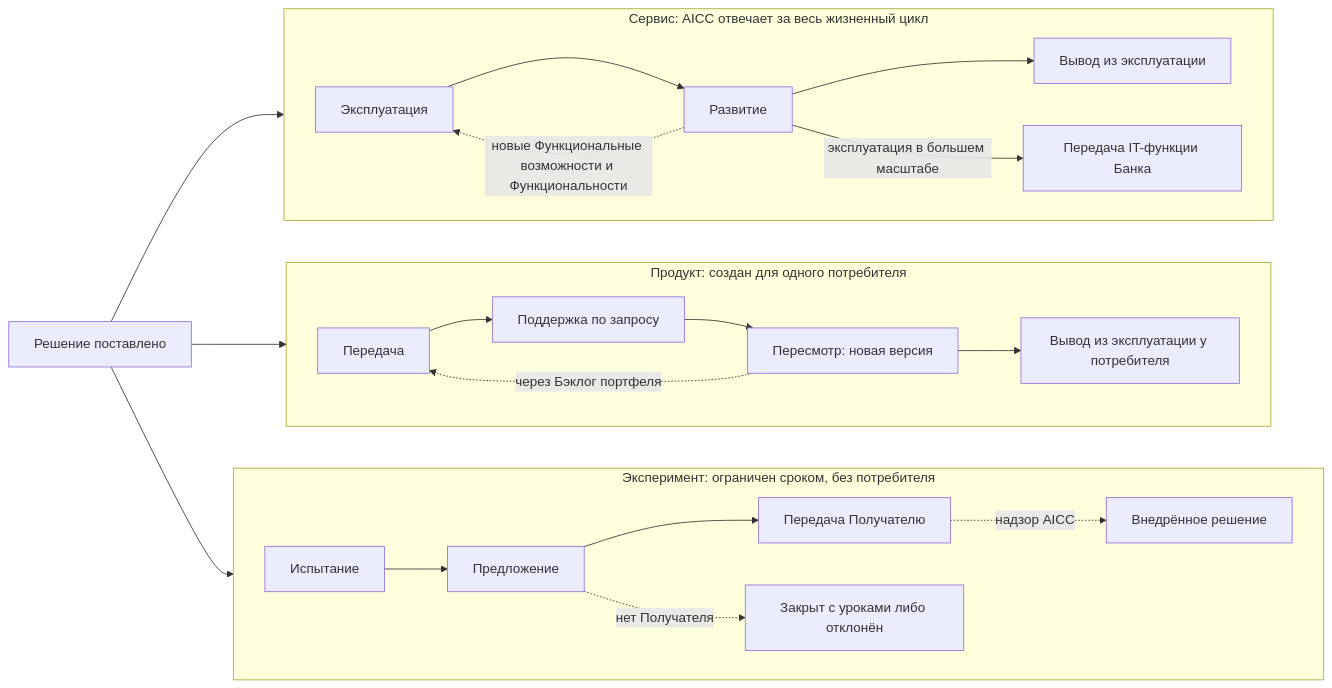
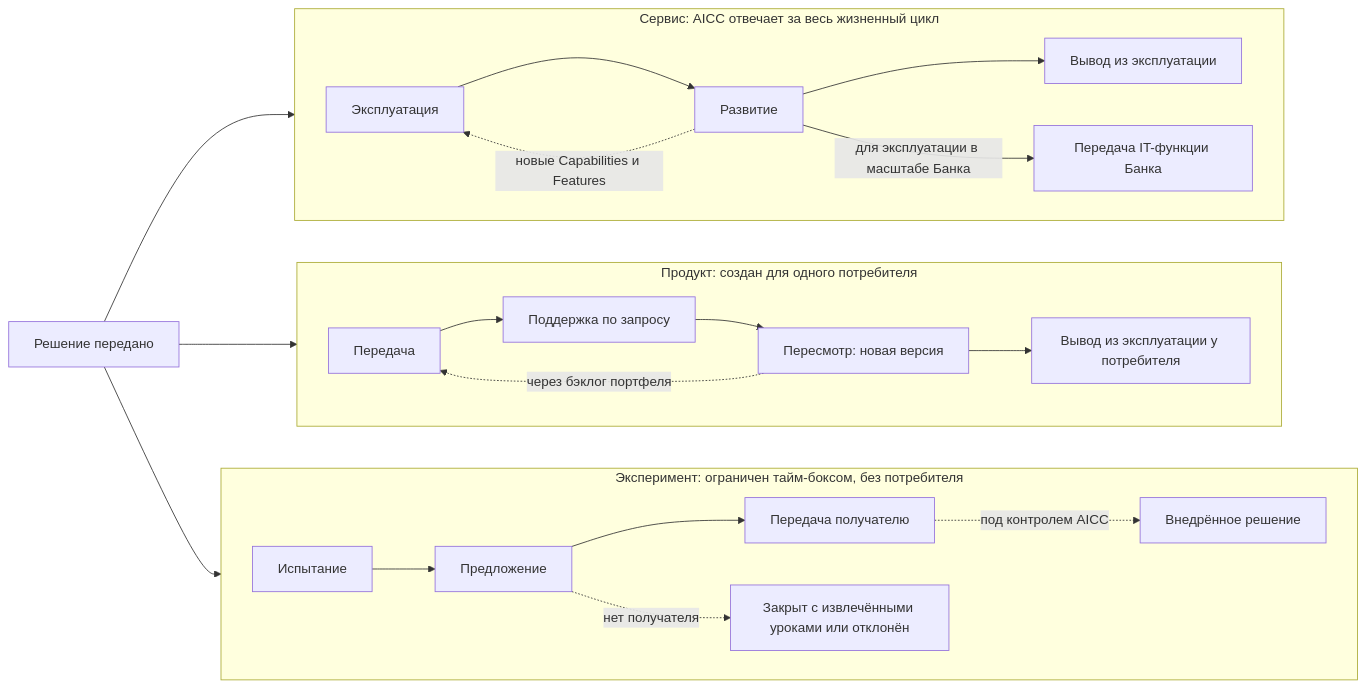
One commit to devhogu/ob-aicc changed the eighth of 10 diagrams in charter/ru/workflows/service-delivery.md. Above: the diagram before and after it, drawn with Mermaid. The commit also changed other lines of this file and 7 other files, not shown here.

````diff
--- a/charter/ru/workflows/service-delivery.md
+++ b/charter/ru/workflows/service-delivery.md
@@ -204,23 +210,23 @@
 ```mermaid
 flowchart LR
-  D["Решение поставлено"] --> SV
+  D["Решение передано"] --> SV
   D --> PR
   D --> EX
   subgraph SV["Сервис: AICC отвечает за весь жизненный цикл"]
     direction LR
     S1["Эксплуатация"] --> S2["Развитие"] --> S3["Вывод из эксплуатации"]
-    S2 -.новые Функциональные возможности и Функциональности.-> S1
-    S2 -->|"эксплуатация в большем масштабе"| S4["Передача IT-функции Банка"]
+    S2 -.новые Capabilities и Features.-> S1
+    S2 -->|"для эксплуатации в масштабе Банка"| S4["Передача IT-функции Банка"]
   end
   subgraph PR["Продукт: создан для одного потребителя"]
     direction LR
     P1["Передача"] --> P2["Поддержка по запросу"] --> P3["Пересмотр: новая версия"] --> P4["Вывод из эксплуатации у потребителя"]
-    P3 -.через Бэклог портфеля.-> P1
+    P3 -.через бэклог портфеля.-> P1
   end
-  subgraph EX["Эксперимент: ограничен сроком, без потребителя"]
+  subgraph EX["Эксперимент: ограничен тайм-боксом, без потребителя"]
     direction LR
-    X1["Испытание"] --> X2["Предложение"] --> X3["Передача Получателю"]
-    X3 -.надзор AICC.-> A["Внедрённое решение"]
-    X2 -.->|"нет Получателя"| X4["Закрыт с уроками либо отклонён"]
+    X1["Испытание"] --> X2["Предложение"] --> X3["Передача получателю"]
+    X3 -.под контролем AICC.-> A["Внедрённое решение"]
+    X2 -.->|"нет получателя"| X4["Закрыт с извлечёнными уроками или отклонён"]
   end
 ```
````
